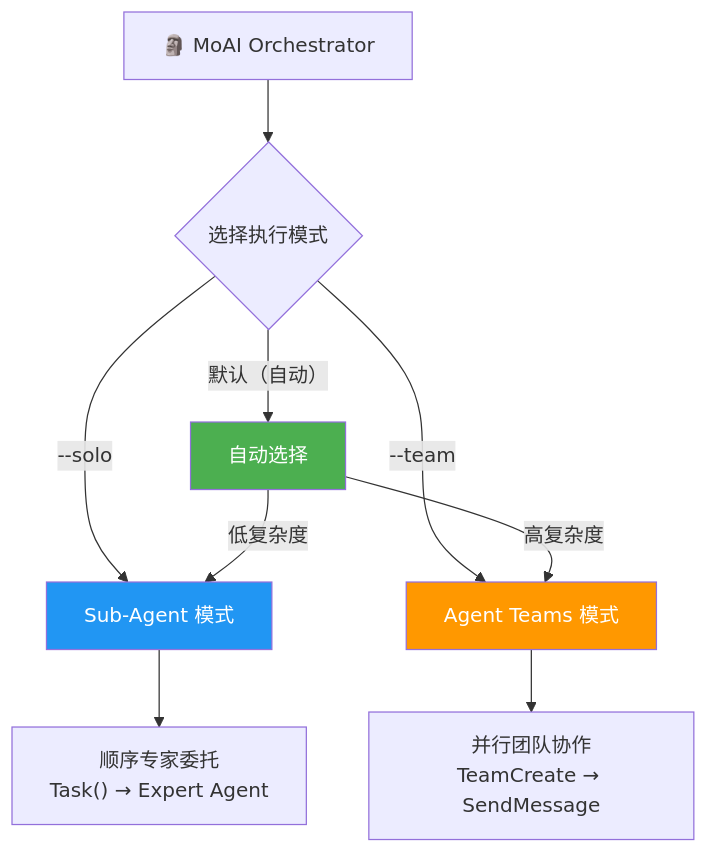
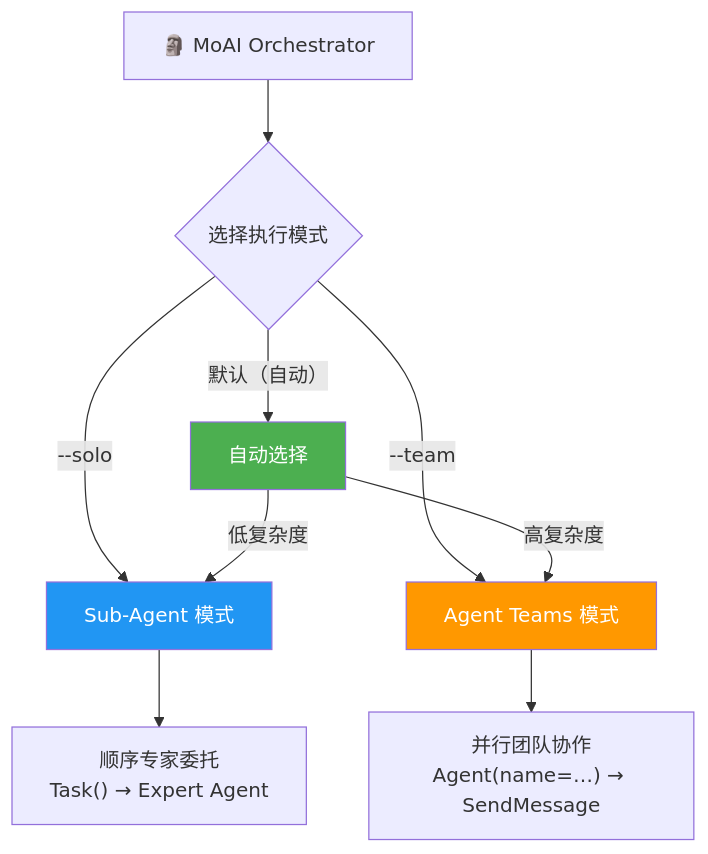
One commit to modu-ai/moai-adk changed the fourth of 8 diagrams in README.zh.md. Above: the diagram before and after it, drawn with Mermaid. The commit also changed other lines of this file and 57 other files, not shown here.

````diff
--- a/README.zh.md
+++ b/README.zh.md
@@ -439,16 +439,16 @@
 ```mermaid
 graph TD
     A["🗿 MoAI Orchestrator"] --> B{"选择执行模式"}
     B -->|"--solo"| C["Sub-Agent 模式"]
     B -->|"--team"| D["Agent Teams 模式"]
     B -->|"默认（自动）"| E["自动选择"]
 
     C --> F["顺序专家委托<br/>Task() → Expert Agent"]
-    D --> G["并行团队协作<br/>TeamCreate → SendMessage"]
+    D --> G["并行团队协作<br/>Agent(name=…) → SendMessage"]
     E -->|"高复杂度"| D
     E -->|"低复杂度"| C
 
     style C fill:#2196F3,color:#fff
     style D fill:#FF9800,color:#fff
     style E fill:#4CAF50,color:#fff
 ```
````
